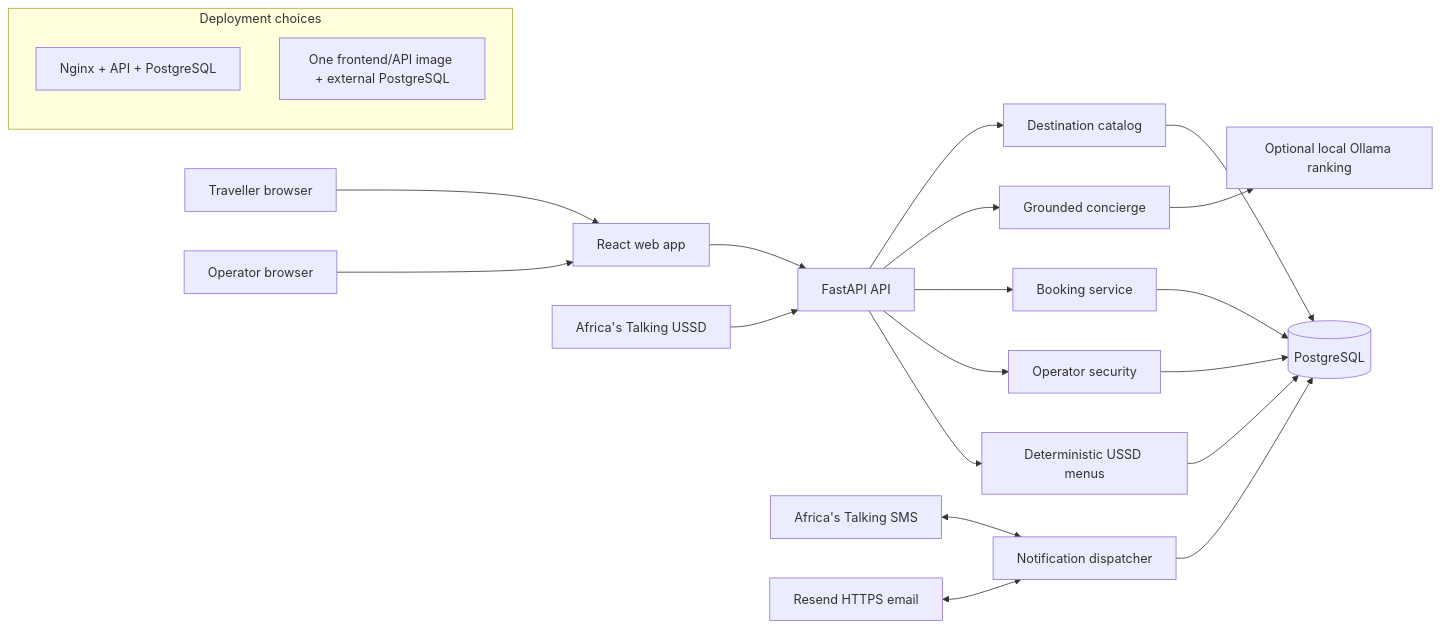
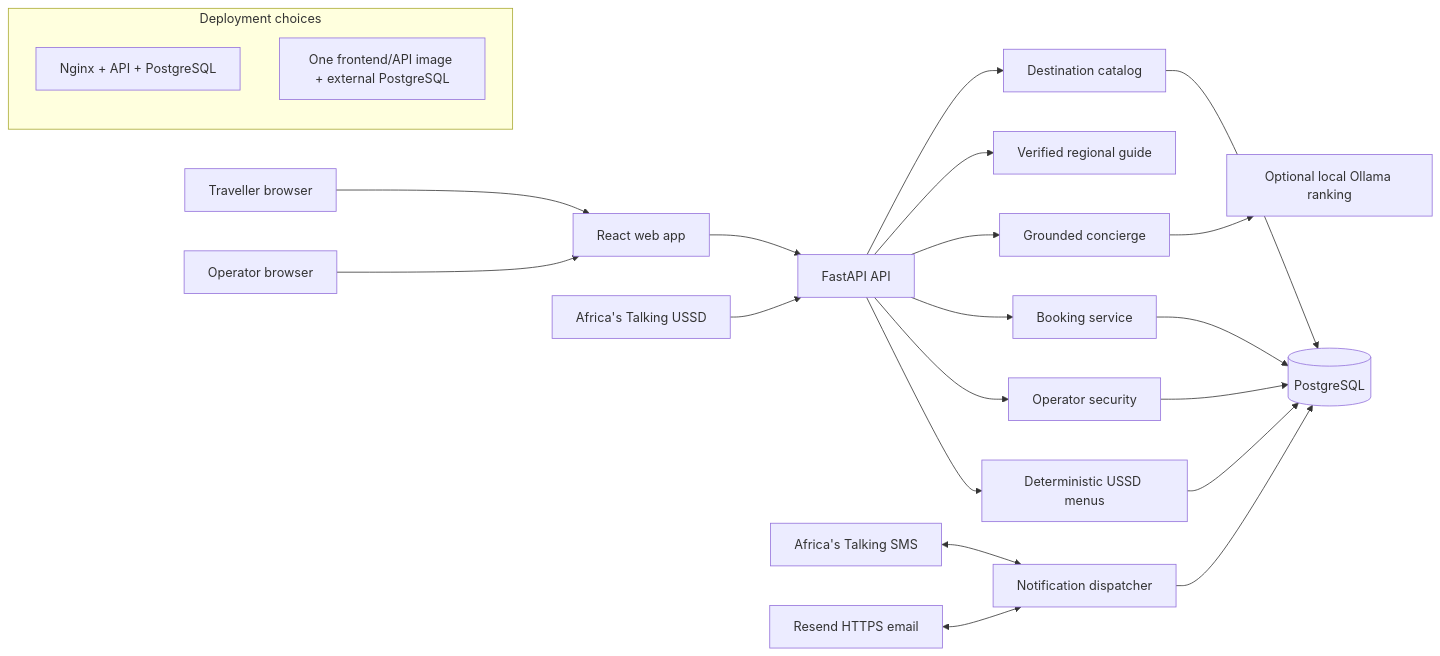
Before and after one commit to gloria-mbilinyi/safarismart-ai-concierge: the first of 3 diagrams in docs/architecture.md, drawn with Mermaid. The commit also changed other lines of this file and 2 other files, not shown here.

Commit message:
docs: document Tanzania regional concierge sources

````diff
--- a/docs/architecture.md
+++ b/docs/architecture.md
@@ -11,26 +11,27 @@
 ```mermaid
 flowchart LR
     Traveller[Traveller browser] --> Web[React web app]
     Operator[Operator browser] --> Web
     Web --> API[FastAPI API]
     ATSMS[Africa's Talking SMS] <--> Dispatcher[Notification dispatcher]
     Resend[Resend HTTPS email] <--> Dispatcher
     ATUSSD[Africa's Talking USSD] --> API
 
     API --> Catalog[Destination catalog]
+    API --> RegionalGuide[Verified regional guide]
     API --> Concierge[Grounded concierge]
     API --> Booking[Booking service]
     API --> Auth[Operator security]
     API --> USSD[Deterministic USSD menus]
     Concierge --> OptionalLLM[Optional local Ollama ranking]
     Catalog --> DB[(PostgreSQL)]
     Booking --> DB
     Auth --> DB
     USSD --> DB
     Dispatcher --> DB
 
     subgraph Deployment choices
         Compose[Nginx + API + PostgreSQL]
         Marketplace[One frontend/API image + external PostgreSQL]
     end
 ```
````
